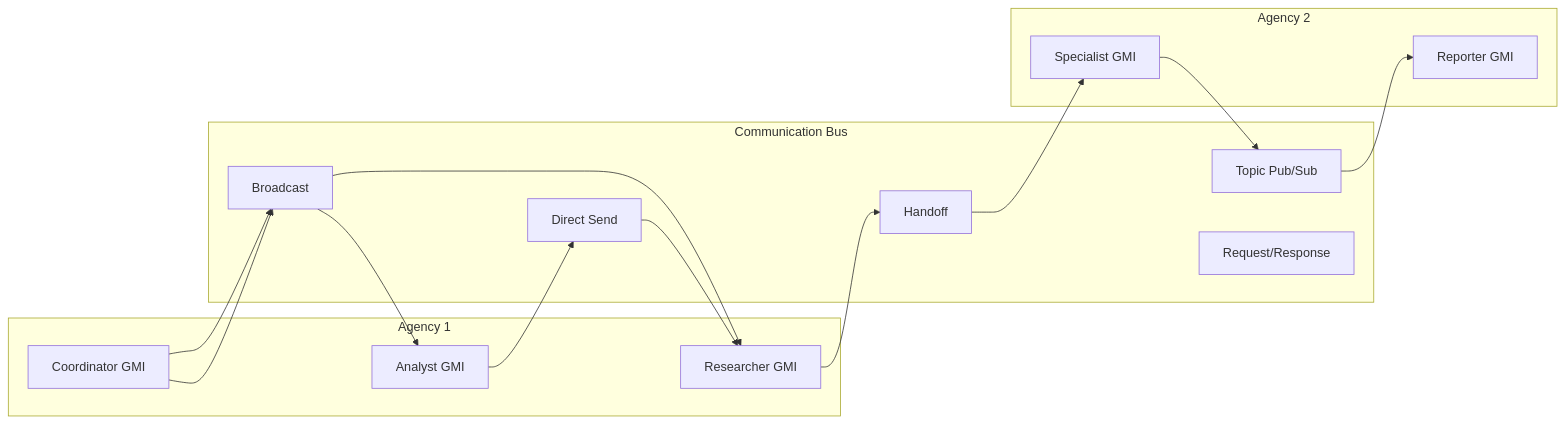
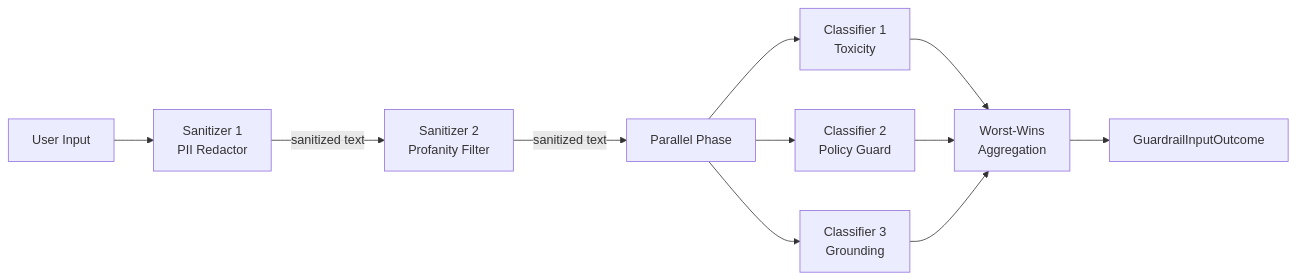
Before and after one commit to framersai/agentos-live-docs: the third of 6 diagrams in docs/architecture/system-architecture.md, drawn with Mermaid. The commit also changed other lines of this file and 1688 other files, not shown here.

````diff
--- a/docs/architecture/system-architecture.md
+++ b/docs/architecture/system-architecture.md
@@ -4345,27 +450,13 @@
 ```mermaid
 graph LR
-    subgraph "Agency 1"
-        A1[Analyst GMI]
-        R1[Researcher GMI]
-        C1[Coordinator GMI]
-    end
-
-    subgraph "Communication Bus"
-        SEND[Direct Send]
-        BROADCAST[Broadcast]
-        TOPIC[Topic Pub/Sub]
-        REQ[Request/Response]
-        HANDOFF[Handoff]
-    end
-
-    subgraph "Agency 2"
-        A2[Specialist GMI]
-        R2[Reporter GMI]
-    end
-
-    A1 --> SEND --> R1
-    C1 --> BROADCAST --> A1
-    C1 --> BROADCAST --> R1
-    R1 --> HANDOFF --> A2
-    A2 --> TOPIC --> R2
+    Input[User Input] --> S1[Sanitizer 1<br/>PII Redactor]
+    S1 -->|sanitized text| S2[Sanitizer 2<br/>Profanity Filter]
+    S2 -->|sanitized text| P[Parallel Phase]
+    P --> C1[Classifier 1<br/>Toxicity]
+    P --> C2[Classifier 2<br/>Policy Guard]
+    P --> C3[Classifier 3<br/>Grounding]
+    C1 --> Agg[Worst-Wins<br/>Aggregation]
+    C2 --> Agg
+    C3 --> Agg
+    Agg --> Result[GuardrailInputOutcome]
 ```
````
